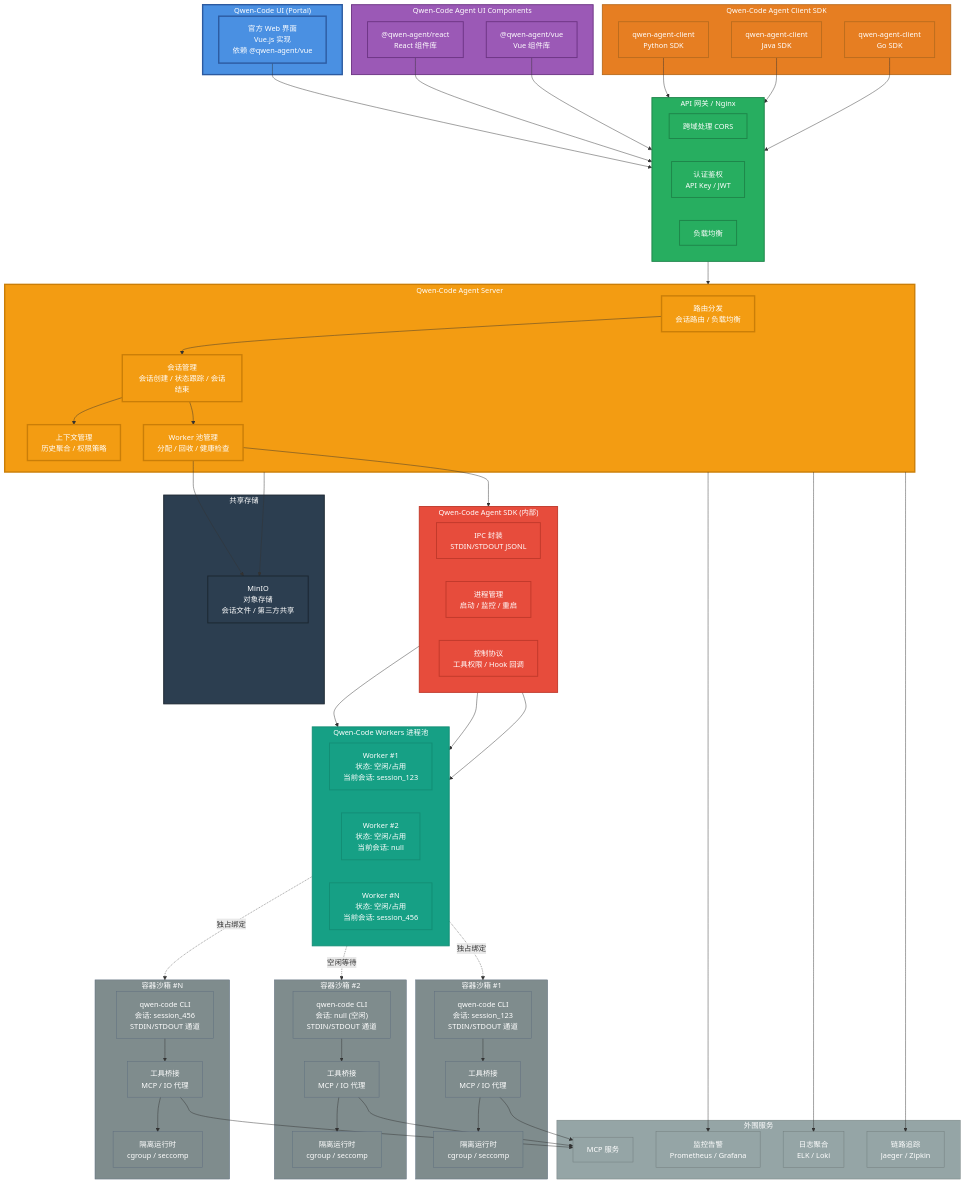
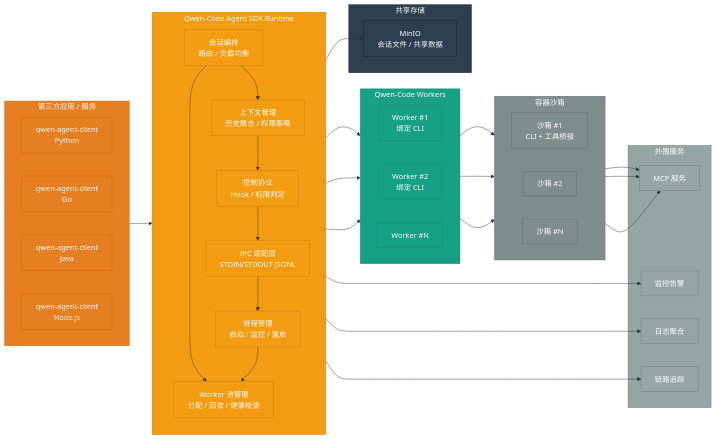
One commit to x22x22/qwen-code changed the first of 2 diagrams in docs/rfc/qwen-code-agent-framework-rfc_cn.md. Above: the diagram before and after it, drawn with Mermaid. The commit also changed other lines of this file, not shown here.

````diff
--- a/docs/rfc/qwen-code-agent-framework-rfc_cn.md
+++ b/docs/rfc/qwen-code-agent-framework-rfc_cn.md
@@ -30,134 +30,83 @@
 ```mermaid
-flowchart TB
-    subgraph Portal["Qwen-Code UI (Portal)"]
-        PortalUI["官方 Web 界面<br/>Vue.js 实现<br/>依赖 @qwen-agent/vue"]
+flowchart LR
+    subgraph Clients["第三方应用 / 服务"]
+        direction LR
+        PythonSDK["qwen-agent-client<br/>Python"]
+        GoSDK["qwen-agent-client<br/>Go"]
+        JavaSDK["qwen-agent-client<br/>Java"]
+        NodeSDK["qwen-agent-client<br/>Node.js"]
     end
 
-    subgraph UIComponents["Qwen-Code Agent UI Components"]
-        ReactComp["@qwen-agent/react<br/>React 组件库"]
-        VueComp["@qwen-agent/vue<br/>Vue 组件库"]
-    end
-
-    subgraph ClientSDK["Qwen-Code Agent Client SDK"]
-        PythonClientSDK["qwen-agent-client<br/>Python SDK"]
-        JavaClientSDK["qwen-agent-client<br/>Java SDK"]
-        GoClientSDK["qwen-agent-client<br/>Go SDK"]
-    end
-
-    subgraph Gateway["API 网关 / Nginx"]
-        CORS["跨域处理 CORS"]
-        Auth["认证鉴权<br/>API Key / JWT"]
-        LoadBalancer["负载均衡"]
-    end
-
-    subgraph AgentServer["Qwen-Code Agent Server"]
-        Router["路由分发<br/>会话路由 / 负载均衡"]
-        SessionMgr["会话管理<br/>会话创建 / 状态跟踪 / 会话结束"]
+    subgraph AgentRuntime["Qwen-Code Agent SDK Runtime"]
+        direction TB
+        Router["会话编排<br/>路由 / 负载均衡"]
         ContextMgr["上下文管理<br/>历史聚合 / 权限策略"]
+        ControlPlane["控制协议<br/>Hook / 权限判定"]
+        ProcessMgr["进程管理<br/>启动 / 监控 / 重启"]
+        IPC["IPC 适配层<br/>STDIN/STDOUT JSONL"]
         WorkerPool["Worker 池管理<br/>分配 / 回收 / 健康检查"]
     end
 
-    subgraph AgentSDK["Qwen-Code Agent SDK (内部)"]
-        IPC["IPC 封装<br/>STDIN/STDOUT JSONL"]
-        ProcessMgr["进程管理<br/>启动 / 监控 / 重启"]
-        ControlProto["控制协议<br/>工具权限 / Hook 回调"]
+    subgraph Workers["Qwen-Code Workers"]
+        direction LR
+        Worker1["Worker #1<br/>绑定 CLI"]
+        Worker2["Worker #2<br/>绑定 CLI"]
+        WorkerN["Worker #N"]
     end
 
-    subgraph WorkersPool["Qwen-Code Workers 进程池"]
+    subgraph Sandboxes["容器沙箱"]
         direction LR
-        Worker1["Worker #1<br/>状态: 空闲/占用<br/>当前会话: session_123"]
-        Worker2["Worker #2<br/>状态: 空闲/占用<br/>当前会话: null"]
-        WorkerN["Worker #N<br/>状态: 空闲/占用<br/>当前会话: session_456"]
-    end
-
-    subgraph Sandbox1["容器沙箱 #1"]
-        CLI1["qwen-code CLI<br/>会话: session_123<br/>STDIN/STDOUT 通道"]
-        Tools1["工具桥接<br/>MCP / IO 代理"]
-        Runtime1["隔离运行时<br/>cgroup / seccomp"]
-        CLI1 --> Tools1
-        Tools1 --> Runtime1
-    end
-
-    subgraph Sandbox2["容器沙箱 #2"]
-        CLI2["qwen-code CLI<br/>会话: null (空闲)<br/>STDIN/STDOUT 通道"]
-        Tools2["工具桥接<br/>MCP / IO 代理"]
-        Runtime2["隔离运行时<br/>cgroup / seccomp"]
-        CLI2 --> Tools2
-        Tools2 --> Runtime2
-    end
-
-    subgraph SandboxN["容器沙箱 #N"]
-        CLIN["qwen-code CLI<br/>会话: session_456<br/>STDIN/STDOUT 通道"]
-        ToolsN["工具桥接<br/>MCP / IO 代理"]
-        RuntimeN["隔离运行时<br/>cgroup / seccomp"]
-        CLIN --> ToolsN
-        ToolsN --> RuntimeN
+        Sandbox1["沙箱 #1<br/>CLI + 工具桥接"]
+        Sandbox2["沙箱 #2"]
+        SandboxN["沙箱 #N"]
     end
 
     subgraph Services["外围服务"]
         MCP["MCP 服务"]
-        Monitor["监控告警<br/>Prometheus / Grafana"]
-        Logger["日志聚合<br/>ELK / Loki"]
-        Trace["链路追踪<br/>Jaeger / Zipkin"]
+        Monitor["监控告警"]
+        Logger["日志聚合"]
+        Trace["链路追踪"]
     end
 
     subgraph Storage["共享存储"]
-        MinIO["MinIO<br/>对象存储<br/>会话文件 / 第三方共享"]
+        MinIO["MinIO<br/>会话文件 / 共享数据"]
     end
 
-    %% 连接关系
-    PortalUI --> Gateway
-    ReactComp --> Gateway
-    VueComp --> Gateway
-    PythonClientSDK --> Gateway
-    JavaClientSDK --> Gateway
-    GoClientSDK --> Gateway
+    Clients --> Router
+    Router --> ContextMgr
+    Router --> WorkerPool
+    ContextMgr --> ControlPlane
+    ControlPlane --> IPC
+    IPC --> ProcessMgr
+    ProcessMgr --> WorkerPool
+    WorkerPool --> Worker1
+    WorkerPool --> Worker2
+    WorkerPool --> WorkerN
 
-    Gateway --> AgentServer
+    Worker1 --> Sandbox1
+    Worker2 --> Sandbox2
+    WorkerN --> SandboxN
 
-    Router --> SessionMgr
-    SessionMgr --> ContextMgr
-    SessionMgr --> WorkerPool
+    Sandbox1 --> MCP
+    Sandbox2 --> MCP
+    SandboxN --> MCP
 
-    WorkerPool --> AgentSDK
-    AgentSDK --> Worker1
-    AgentSDK --> Worker2
-    AgentSDK --> WorkerN
-
-    Worker1 -.->|独占绑定| Sandbox1
-    Worker2 -.->|空闲等待| Sandbox2
-    WorkerN -.->|独占绑定| SandboxN
-
-    Tools1 --> MCP
-    Tools2 --> MCP
-    ToolsN --> MCP
-
-    AgentServer --> Monitor
-    AgentServer --> Logger
-    AgentServer --> Trace
-    AgentServer --> MinIO
+    Router --> Monitor
+    Router --> Logger
+    Router --> Trace
     WorkerPool --> MinIO
 
-    %% 样式 - 暗色/亮色主题友好配色
-    classDef portalStyle fill:#4a90e2,stroke:#2c5aa0,stroke-width:3px,color:#fff
-    classDef uiStyle fill:#9b59b6,stroke:#6c3483,stroke-width:2px,color:#fff
-    classDef sdkStyle fill:#e67e22,stroke:#ba6c1e,stroke-width:2px,color:#fff
-    classDef gatewayStyle fill:#27ae60,stroke:#1e8449,stroke-width:2px,color:#fff
-    classDef orchestratorStyle fill:#f39c12,stroke:#ca7e08,stroke-width:3px,color:#fff
-    classDef agentSDKStyle fill:#e74c3c,stroke:#c0392b,stroke-width:2px,color:#fff
-    classDef workerStyle fill:#16a085,stroke:#138d75,stroke-width:2px,color:#fff
-    classDef sandboxStyle fill:#7f8c8d,stroke:#5d6d7e,stroke-width:1px,color:#fff
-    classDef serviceStyle fill:#95a5a6,stroke:#707b7c,stroke-width:1px,color:#fff
-    classDef storageStyle fill:#2c3e50,stroke:#1a252f,stroke-width:2px,color:#fff
+    classDef clientStyle fill:#e67e22,stroke:#ba6c1e,color:#fff
+    classDef runtimeStyle fill:#f39c12,stroke:#ca7e08,color:#fff
+    classDef workerStyle fill:#16a085,stroke:#138d75,color:#fff
+    classDef sandboxStyle fill:#7f8c8d,stroke:#5d6d7e,color:#fff
+    classDef serviceStyle fill:#95a5a6,stroke:#707b7c,color:#fff
+    classDef storageStyle fill:#2c3e50,stroke:#1a252f,color:#fff
 
-    class Portal,PortalUI portalStyle
-    class UIComponents,ReactComp,VueComp uiStyle
-    class ClientSDK,PythonClientSDK,JavaClientSDK,GoClientSDK sdkStyle
-    class Gateway,CORS,Auth,LoadBalancer gatewayStyle
-    class AgentServer,Router,SessionMgr,ContextMgr,WorkerPool orchestratorStyle
-    class AgentSDK,IPC,ProcessMgr,ControlProto agentSDKStyle
-    class WorkersPool,Worker1,Worker2,WorkerN workerStyle
-    class Sandbox1,Sandbox2,SandboxN,CLI1,CLI2,CLIN,Tools1,Tools2,ToolsN,Runtime1,Runtime2,RuntimeN sandboxStyle
+    class Clients,PythonSDK,GoSDK,JavaSDK,NodeSDK clientStyle
+    class AgentRuntime,Router,ContextMgr,ControlPlane,ProcessMgr,IPC,WorkerPool runtimeStyle
+    class Workers,Worker1,Worker2,WorkerN workerStyle
+    class Sandboxes,Sandbox1,Sandbox2,SandboxN sandboxStyle
     class Services,MCP,Monitor,Logger,Trace serviceStyle
     class Storage,MinIO storageStyle
 ```
````
